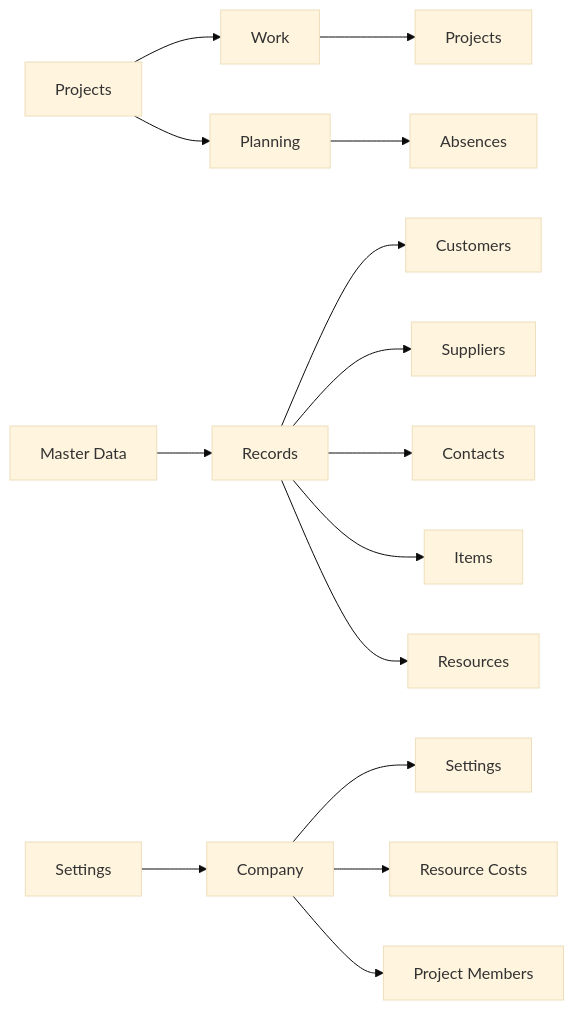
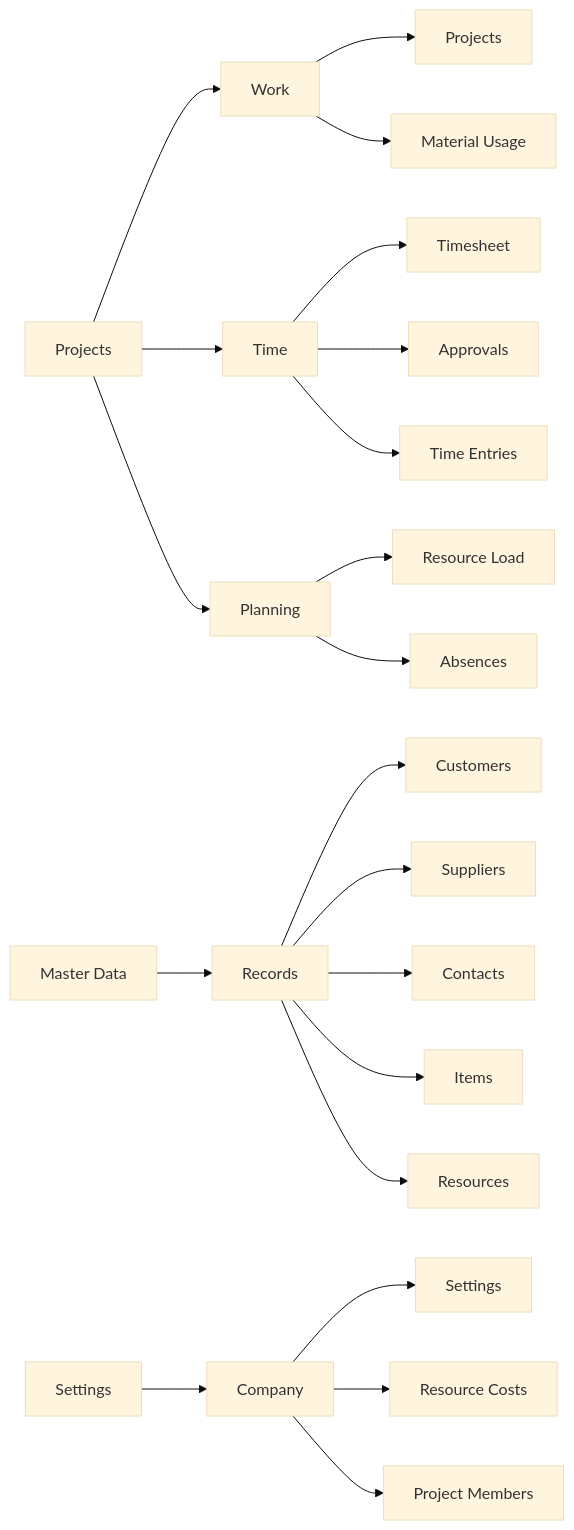
One commit to Power-Builders-Italia/ProjectIQ changed the fifth of 5 diagrams in docs/data-model.md. Above: the diagram before and after it, drawn with Mermaid (base theme). The commit also changed other lines of this file and 142 other files, not shown here.

First line of the commit message:
Phase 3: time entries, material usage, actuals, timesheet and approval (#8)

````diff
--- a/docs/data-model.md
+++ b/docs/data-model.md
@@ -112,7 +169,8 @@
 ```mermaid
 flowchart LR
-  P[Projects] --> W[Work] --> PR[Projects]
-  P --> PL[Planning] --> AB[Absences]
+  P[Projects] --> W[Work] --> PR[Projects] & MU[Material Usage]
+  P --> T[Time] --> TS[Timesheet] & AP[Approvals] & TE[Time Entries]
+  P --> PL[Planning] --> RL[Resource Load] & AB[Absences]
   M[Master Data] --> R[Records] --> C1[Customers] & C2[Suppliers] & C3[Contacts] & C4[Items] & C5[Resources]
   S[Settings] --> CO[Company] --> S1[Settings] & S2[Resource Costs] & S3[Project Members]
 ```
````
